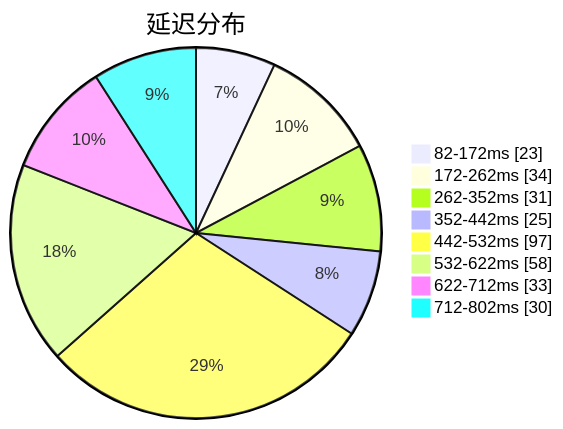
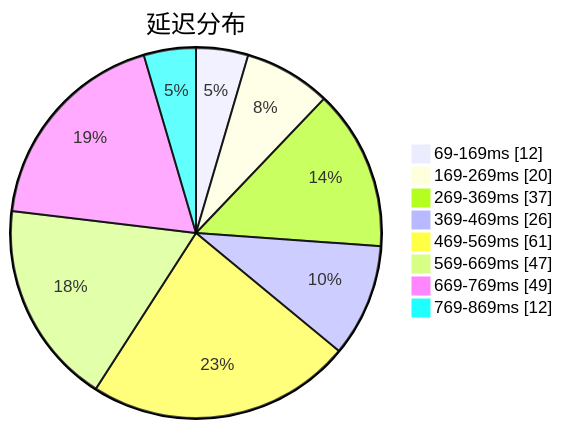
Before and after one commit to sinspired/airport: the first of 3 diagrams in subs/statistics/tested_within.md, drawn with Mermaid. The commit also changed other lines of this file and 2 other files, not shown here.

````diff
--- a/subs/statistics/tested_within.md
+++ b/subs/statistics/tested_within.md
@@ -2,12 +2,12 @@
 ```mermaid
 pie showData
 title 延迟分布
-"82-172ms" : 23
-"172-262ms" : 34
-"262-352ms" : 31
-"352-442ms" : 25
-"442-532ms" : 97
-"532-622ms" : 58
-"622-712ms" : 33
-"712-802ms" : 30
+"69-169ms" : 12
+"169-269ms" : 20
+"269-369ms" : 37
+"369-469ms" : 26
+"469-569ms" : 61
+"569-669ms" : 47
+"669-769ms" : 49
+"769-869ms" : 12
 ```
````
